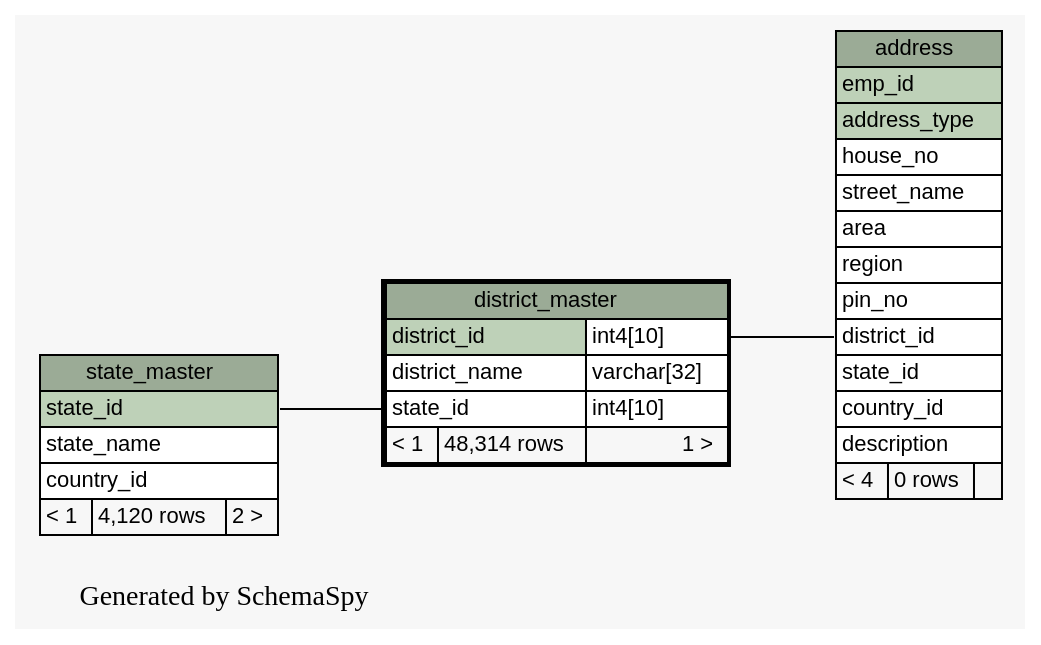
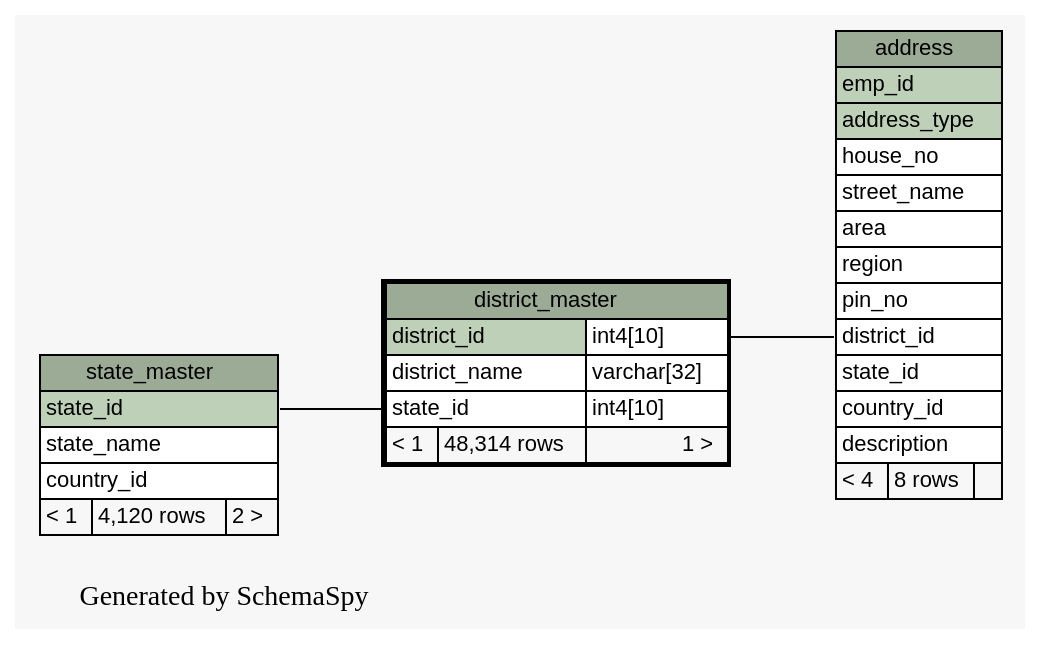
Before and after one commit to engineerscraft/hrms: the diagram in docs/database/schemaspy/graphs/district_master.1degree.dot, drawn with Graphviz. The commit also changed 235 other files, not shown here.

Commit message:
Updated schemaspy

```diff
--- a/docs/database/schemaspy/graphs/district_master.1degree.dot
+++ b/docs/database/schemaspy/graphs/district_master.1degree.dot
@@ -1,63 +1,63 @@
-// dot 2.38.0 on Windows 7 6.1
+// dot 2.38.0 on Windows 8.1 6.3
 digraph "oneDegreeRelationshipsGraph" {
   graph [
     rankdir="RL"
     bgcolor="#f7f7f7"
     label="\nGenerated by SchemaSpy"
     labeljust="l"
   ];
   node [
     fontname="Helvetica"
     fontsize="11"
     shape="plaintext"
   ];
   edge [
     arrowsize="0.8"
   ];
   "address":"district_id":w -> "district_master":"district_id.type":e [arrowtail=crowodot arrowhead=none];
   "district_master":"state_id":w -> "state_master":"state_id":e [arrowtail=crowodot arrowhead=none];
   "address" [
     label=<
     <TABLE BORDER="0" CELLBORDER="1" CELLSPACING="0" BGCOLOR="#ffffff">
       <TR><TD PORT="address.heading" COLSPAN="3" BGCOLOR="#9bab96" ALIGN="CENTER">address</TD></TR>
       <TR><TD PORT="emp_id" COLSPAN="3" BGCOLOR="#bed1b8" ALIGN="LEFT">emp_id</TD></TR>
       <TR><TD PORT="address_type" COLSPAN="3" BGCOLOR="#bed1b8" ALIGN="LEFT">address_type</TD></TR>
       <TR><TD PORT="house_no" COLSPAN="3" ALIGN="LEFT">house_no</TD></TR>
       <TR><TD PORT="street_name" COLSPAN="3" ALIGN="LEFT">street_name</TD></TR>
       <TR><TD PORT="area" COLSPAN="3" ALIGN="LEFT">area</TD></TR>
       <TR><TD PORT="region" COLSPAN="3" ALIGN="LEFT">region</TD></TR>
       <TR><TD PORT="pin_no" COLSPAN="3" ALIGN="LEFT">pin_no</TD></TR>
       <TR><TD PORT="district_id" COLSPAN="3" ALIGN="LEFT">district_id</TD></TR>
       <TR><TD PORT="state_id" COLSPAN="3" ALIGN="LEFT">state_id</TD></TR>
       <TR><TD PORT="country_id" COLSPAN="3" ALIGN="LEFT">country_id</TD></TR>
       <TR><TD PORT="description" COLSPAN="3" ALIGN="LEFT">description</TD></TR>
-      <TR><TD ALIGN="LEFT" BGCOLOR="#f7f7f7">&lt; 4</TD><TD ALIGN="RIGHT" BGCOLOR="#f7f7f7">0 rows</TD><TD ALIGN="RIGHT" BGCOLOR="#f7f7f7">  </TD></TR>
+      <TR><TD ALIGN="LEFT" BGCOLOR="#f7f7f7">&lt; 4</TD><TD ALIGN="RIGHT" BGCOLOR="#f7f7f7">8 rows</TD><TD ALIGN="RIGHT" BGCOLOR="#f7f7f7">  </TD></TR>
     </TABLE>>
     URL="address.html#graph"
     tooltip="address"
   ];
   "district_master" [
     label=<
     <TABLE BORDER="2" CELLBORDER="1" CELLSPACING="0" BGCOLOR="#ffffff">
       <TR><TD PORT="district_master.heading" COLSPAN="3" BGCOLOR="#9bab96" ALIGN="CENTER">district_master</TD></TR>
       <TR><TD PORT="district_id" COLSPAN="2" BGCOLOR="#bed1b8" ALIGN="LEFT">district_id</TD><TD PORT="district_id.type" ALIGN="LEFT">int4[10]</TD></TR>
       <TR><TD PORT="district_name" COLSPAN="2" ALIGN="LEFT">district_name</TD><TD PORT="district_name.type" ALIGN="LEFT">varchar[32]</TD></TR>
       <TR><TD PORT="state_id" COLSPAN="2" ALIGN="LEFT">state_id</TD><TD PORT="state_id.type" ALIGN="LEFT">int4[10]</TD></TR>
       <TR><TD ALIGN="LEFT" BGCOLOR="#f7f7f7">&lt; 1</TD><TD ALIGN="RIGHT" BGCOLOR="#f7f7f7">48,314 rows</TD><TD ALIGN="RIGHT" BGCOLOR="#f7f7f7">1 &gt;</TD></TR>
     </TABLE>>
     URL="district_master.html#"
     tooltip="district_master"
   ];
   "state_master" [
     label=<
     <TABLE BORDER="0" CELLBORDER="1" CELLSPACING="0" BGCOLOR="#ffffff">
       <TR><TD PORT="state_master.heading" COLSPAN="3" BGCOLOR="#9bab96" ALIGN="CENTER">state_master</TD></TR>
       <TR><TD PORT="state_id" COLSPAN="3" BGCOLOR="#bed1b8" ALIGN="LEFT">state_id</TD></TR>
       <TR><TD PORT="state_name" COLSPAN="3" ALIGN="LEFT">state_name</TD></TR>
       <TR><TD PORT="country_id" COLSPAN="3" ALIGN="LEFT">country_id</TD></TR>
       <TR><TD ALIGN="LEFT" BGCOLOR="#f7f7f7">&lt; 1</TD><TD ALIGN="RIGHT" BGCOLOR="#f7f7f7">4,120 rows</TD><TD ALIGN="RIGHT" BGCOLOR="#f7f7f7">2 &gt;</TD></TR>
     </TABLE>>
     URL="state_master.html#graph"
     tooltip="state_master"
   ];
 }
```
